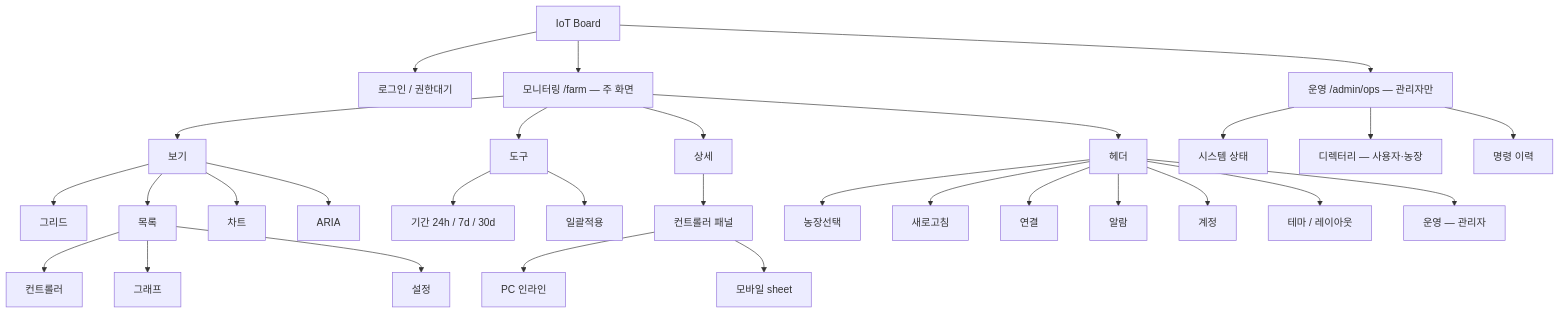
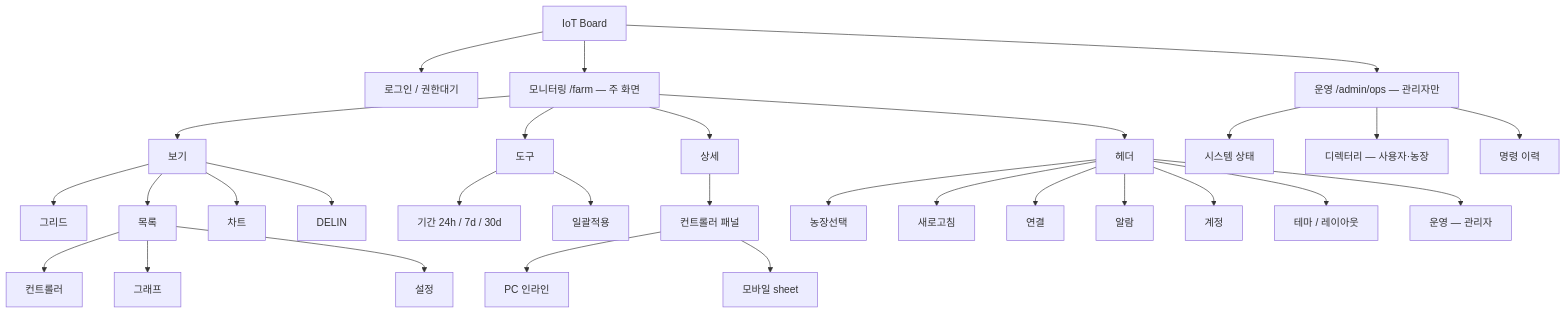
The first of 3 diagrams in web/docs/user-manual/10-메뉴구조도.md (SIJackLee/dashboard), drawn with Mermaid before and after one commit. The commit also changed other lines of this file and 18 other files, not shown here.

````diff
--- a/web/docs/user-manual/10-메뉴구조도.md
+++ b/web/docs/user-manual/10-메뉴구조도.md
@@ -22,42 +22,42 @@
 ```mermaid
 flowchart TD
   root["IoT Board"]
 
   root --> auth["로그인 / 권한대기"]
   root --> farm["모니터링 /farm — 주 화면"]
   root --> ops["운영 /admin/ops — 관리자만"]
 
   %% 상단 세 꼭짓점: 보기 · 도구 · 상세
   farm --> view["보기"]
   farm --> tools["도구"]
   farm --> detail["상세"]
 
   view --> grid["그리드"]
   view --> list["목록"]
   view --> chart["차트"]
-  view --> aria["ARIA"]
+  view --> aria["DELIN"]
   list --> modeCtrl["컨트롤러"]
   list --> modeGraph["그래프"]
   list --> modeSet["설정"]
 
   tools --> period["기간 24h / 7d / 30d"]
   tools --> bulk["일괄적용"]
 
   detail --> panel["컨트롤러 패널"]
   panel --> pcInline["PC 인라인"]
   panel --> mobileSheet["모바일 sheet"]
 
   %% 하단 꼭짓점: 헤더 (화살표 farm --> header 동일)
   farm --> header["헤더"]
   header --> hFarm["농장선택"]
   header --> hRefresh["새로고침"]
   header --> hConn["연결"]
   header --> hAlarm["알람"]
   header --> hAccount["계정"]
   header --> hTheme["테마 / 레이아웃"]
   header --> hOps["운영 — 관리자"]
 
   ops --> system["시스템 상태"]
   ops --> directory["디렉터리 — 사용자·농장"]
   ops --> commands["명령 이력"]
 ```
````
